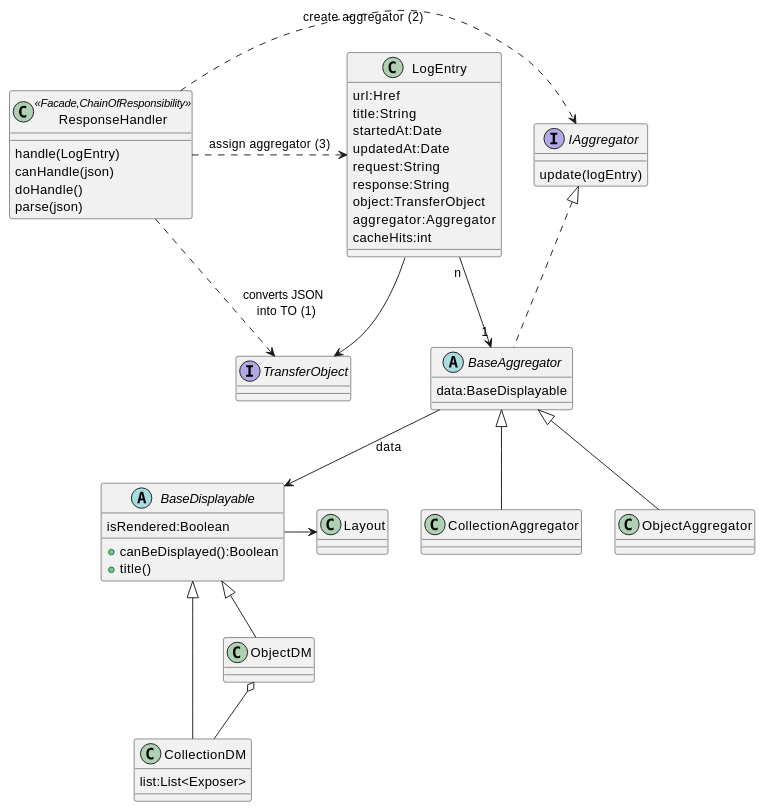
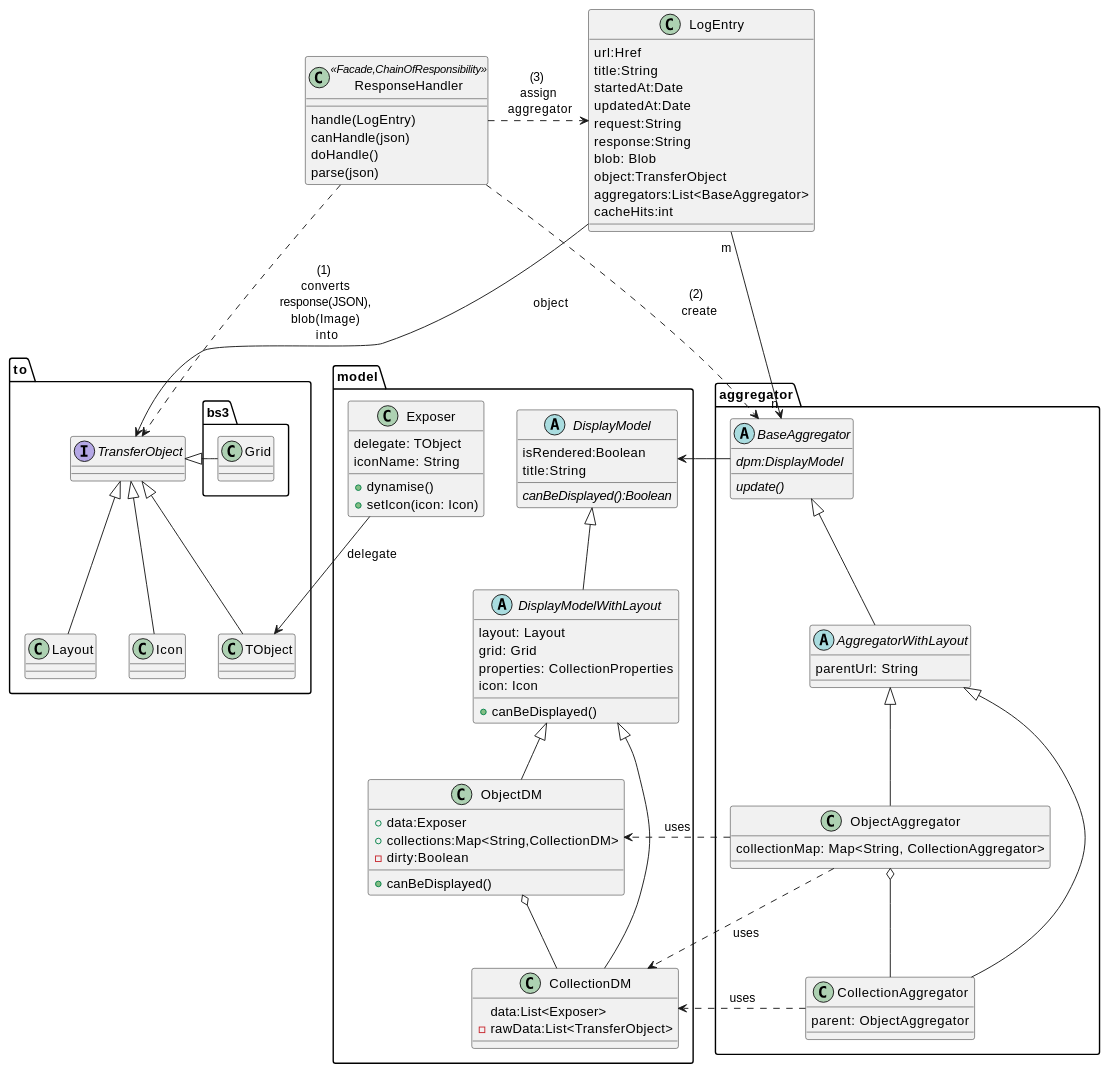
One commit to apache/causeway changed the diagram in incubator/clients/kroviz/adoc/modules/kroviz/partials/design/uml-aggregator.adoc. Above: the diagram before and after it, drawn with PlantUML.

Commit message:
ISIS-2913 update documentation

```diff
--- a/incubator/clients/kroviz/adoc/modules/kroviz/partials/design/uml-aggregator.adoc
+++ b/incubator/clients/kroviz/adoc/modules/kroviz/partials/design/uml-aggregator.adoc
@@ -12,12 +12,11 @@
     updatedAt:Date
     request:String
     response:String
+    blob: Blob
     object:TransferObject
-    aggregator:Aggregator
+    aggregators:List<BaseAggregator>
     cacheHits:int
 }
-LogEntry --> TransferObject
-LogEntry "n" --> "1" BaseAggregator
 
 class ResponseHandler<<Facade,ChainOfResponsibility>>{
     handle(LogEntry)
@@ -25,41 +24,95 @@
     doHandle()
     parse(json)
 }
-ResponseHandler .> TransferObject : converts JSON \n into TO (1)
-ResponseHandler .> IAggregator : create aggregator (2)
-ResponseHandler .> LogEntry  : assign aggregator (3)
 
-interface TransferObject
+package "to" {
+    interface TransferObject {}
+    TransferObject <|-- Layout
+    TransferObject <|-- TObject
+    TransferObject <|-- Icon
 
-interface IAggregator {
-    update(logEntry)
+    package "bs3" {
+        class Grid{}
+    }
+    TransferObject <|- Grid
 }
 
-abstract class BaseAggregator {
-    data:BaseDisplayable
+package "aggregator" {
+    abstract class BaseAggregator {
+        {abstract} dpm:DisplayModel
+        {abstract} update()
+    }
+
+    abstract class AggregatorWithLayout {
+        parentUrl: String
+    }
+    BaseAggregator <|-- AggregatorWithLayout
+
+    class CollectionAggregator{
+        parent: ObjectAggregator
+    }
+
+    class ObjectAggregator {
+        collectionMap: Map<String, CollectionAggregator>
+    }
+    ObjectAggregator o-- CollectionAggregator
+
+    AggregatorWithLayout <|-- CollectionAggregator
+    AggregatorWithLayout <|-- ObjectAggregator
 }
 
-IAggregator <|.. BaseAggregator
-BaseAggregator <|-- CollectionAggregator
-BaseAggregator <|-- ObjectAggregator
-BaseAggregator --> BaseDisplayable : data
+package "model" {
+    class Exposer {
+        delegate: TObject
+        iconName: String
+        + dynamise()
+        + setIcon(icon: Icon)
+    }
 
+    abstract class DisplayModel {
+        isRendered:Boolean
+        title:String
+        {abstract} canBeDisplayed():Boolean
+    }
 
-abstract class BaseDisplayable {
-    isRendered:Boolean
-    +canBeDisplayed():Boolean
-    +title()
+    abstract class DisplayModelWithLayout {
+        layout: Layout
+        grid: Grid
+        properties: CollectionProperties
+        icon: Icon
+        + canBeDisplayed()
+    }
+
+    class ObjectDM {
+        + data:Exposer
+        + collections:Map<String,CollectionDM>
+        - dirty:Boolean
+        + canBeDisplayed()
+    }
+
+    class CollectionDM {
+        data:List<Exposer>
+        - rawData:List<TransferObject>
+    }
+
+    DisplayModel <|-- DisplayModelWithLayout
+    DisplayModelWithLayout <|-- CollectionDM
+    DisplayModelWithLayout <|-- ObjectDM
+    ObjectDM o-- CollectionDM
 }
 
-class CollectionDM {
-    list:List<Exposer>
-}
+ResponseHandler .> TransferObject : (1) \n converts \n response(JSON), \n blob(Image) \n into
+ResponseHandler .> BaseAggregator : (2) \n create
+ResponseHandler .> LogEntry  : (3) \n assign \n aggregator
 
-BaseDisplayable -> Layout
-BaseDisplayable <|-- CollectionDM
-BaseDisplayable <|-- ObjectDM
+BaseAggregator -> DisplayModel
+CollectionAggregator .> CollectionDM : uses
+ObjectAggregator .> ObjectDM : uses
+ObjectAggregator .> CollectionDM : uses
 
-ObjectDM o-- CollectionDM
+LogEntry -->   TransferObject : object
+LogEntry "m" --> "n" BaseAggregator
+Exposer  -> TObject : delegate
 
 @enduml
 ----
```
